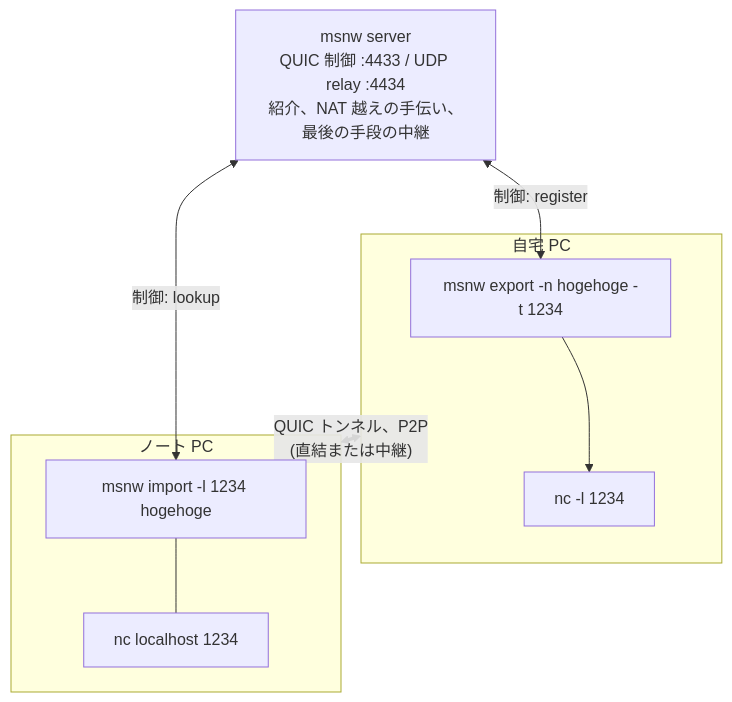
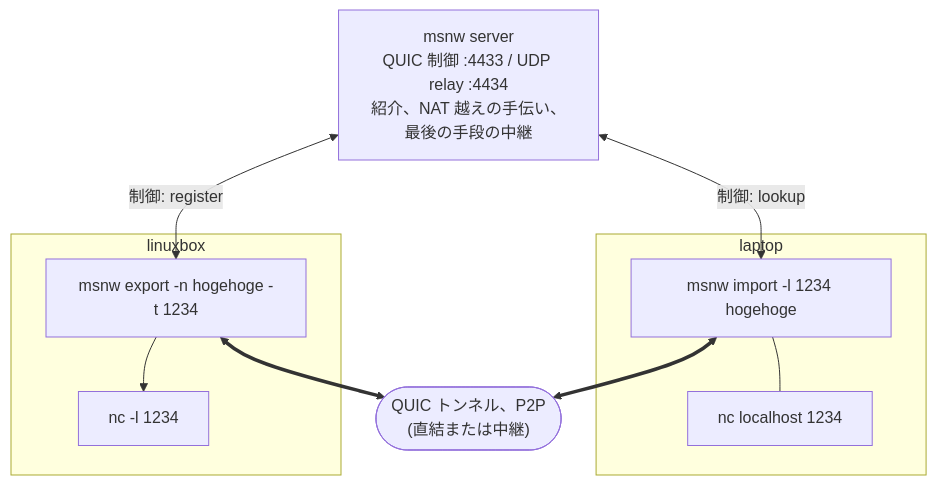
The first of 7 diagrams in README.ja.md (ikeji/mysmallnetwork), drawn with Mermaid before and after one commit. The commit also changed other lines of this file and 6 other files, not shown here.

First line of the commit message:
README: importer wording, linuxbox examples, export/import http.server example

````diff
--- a/README.ja.md
+++ b/README.ja.md
@@ -7,13 +7,15 @@
 ```mermaid
 flowchart TB
     srv["msnw server<br/>QUIC 制御 :4433 / UDP relay :4434<br/>紹介、NAT 越えの手伝い、最後の手段の中継"]
-    subgraph home["自宅 PC"]
+    subgraph laptop
+        im["msnw import -l 1234 hogehoge"] --- app["nc localhost 1234"]
+    end
+    subgraph linuxbox
         ex["msnw export -n hogehoge -t 1234"] --> svc["nc -l 1234"]
     end
-    subgraph laptop["ノート PC"]
-        im["msnw import -l 1234 hogehoge"] --- app["nc localhost 1234"]
-    end
+    tun(["QUIC トンネル、P2P<br/>(直結または中継)"])
+    srv <-->|"制御: lookup"| im
     srv <-->|"制御: register"| ex
-    srv <-->|"制御: lookup"| im
-    home <==>|"QUIC トンネル、P2P<br/>(直結または中継)"| laptop
+    im <==> tun
+    ex <==> tun
 ```
````
